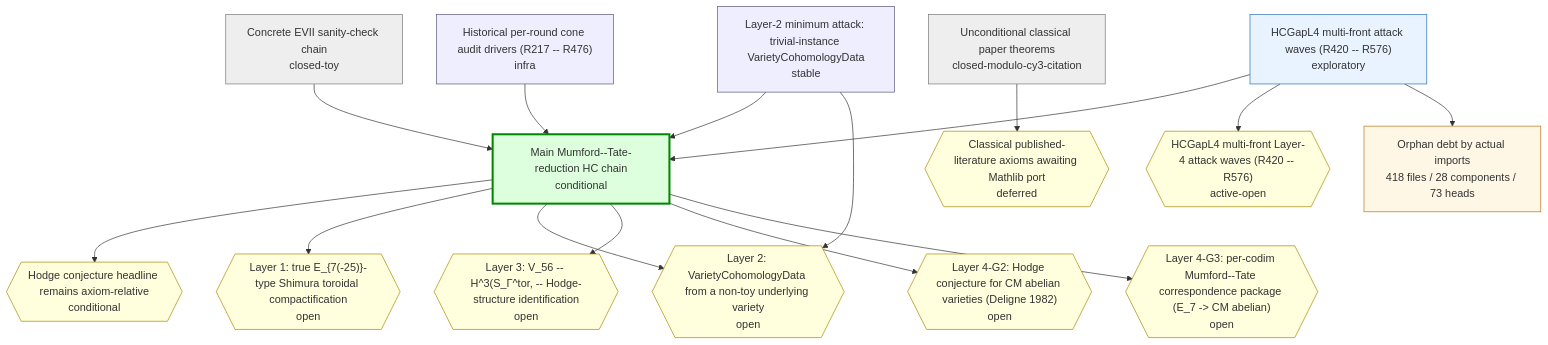
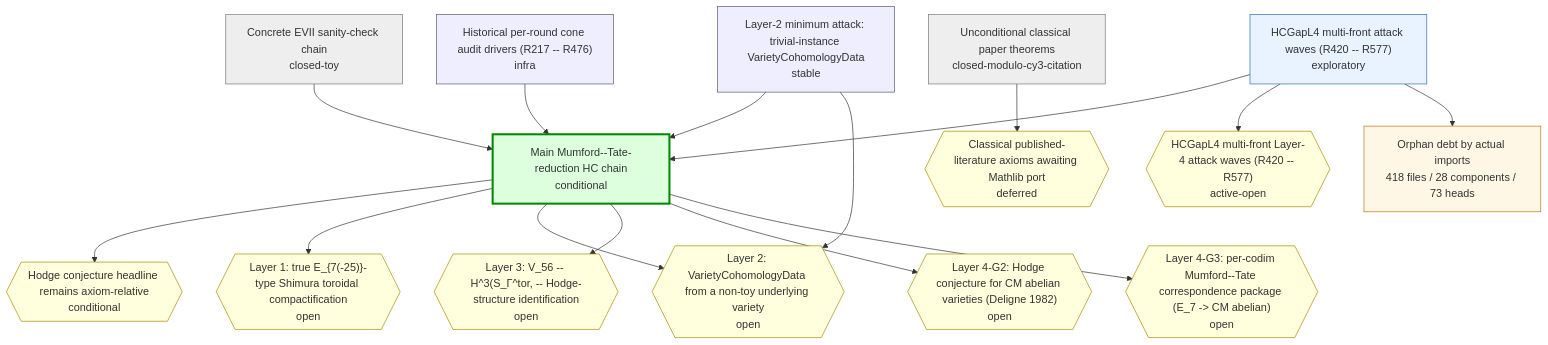
The first of 2 diagrams in chain-status/research-map.md (crabsatellite/hodge-conjecture-lean4-formalization), drawn with Mermaid before and after one commit. The commit also changed other lines of this file and 7 other files, not shown here.

````diff
--- a/chain-status/research-map.md
+++ b/chain-status/research-map.md
@@ -45,44 +45,44 @@
 ```mermaid
 graph TD
   classDef main fill:#dfd,stroke:#080,stroke-width:3px
   classDef active fill:#e8f3ff,stroke:#2670b8
   classDef support fill:#eef,stroke:#557
   classDef closed fill:#eee,stroke:#777
   classDef dead fill:#fdd,stroke:#a00,stroke-width:2px
   classDef gapOpen fill:#ffd,stroke:#a80
   classDef gapClosed fill:#eee,stroke:#777
   classDef gapDead fill:#fdd,stroke:#a00
   classDef debt fill:#fff7e6,stroke:#b87514
   classDef debtTaxonomy fill:#e8f3ff,stroke:#2670b8,stroke-dasharray:3 3
   classDef debtRule fill:#eefbea,stroke:#398439,stroke-dasharray:3 3
   classDef debtDead fill:#fdd,stroke:#a00,stroke-dasharray:3 3
   chain_main_hc_axiom_relative["Main Mumford--Tate-reduction HC chain\nconditional"]:::main
   chain_unconditional_classical["Unconditional classical paper theorems\nclosed-modulo-cy3-citation"]:::closed
   chain_hcgap_l2_trivial_instances["Layer-2 minimum attack: trivial-instance VarietyCohomologyData\nstable"]:::support
-  chain_hcgap_l4_multifront_active["HCGapL4 multi-front attack waves (R420 -- R576)\nexploratory"]:::active
+  chain_hcgap_l4_multifront_active["HCGapL4 multi-front attack waves (R420 -- R577)\nexploratory"]:::active
   chain_concrete_evii_toy["Concrete EVII sanity-check chain\nclosed-toy"]:::closed
   chain_historical_cone_audits["Historical per-round cone audit drivers (R217 -- R476)\ninfra"]:::support
   gap_G_main_hc{{"Hodge conjecture headline remains axiom-relative\nconditional"}}:::gapOpen
   gap_G_l1_e7_shimura_tor{{"Layer 1: true E_{7(-25)}-type Shimura toroidal compactification\nopen"}}:::gapOpen
   gap_G_l2_cohomology_construction{{"Layer 2: VarietyCohomologyData from a non-toy underlying variety\nopen"}}:::gapOpen
   gap_G_l3_v56_mt_identification{{"Layer 3: V_56 -- H^3(S_Γ^tor, -- Hodge-structure identification\nopen"}}:::gapOpen
   gap_G_l4_cm_abelian_hc{{"Layer 4-G2: Hodge conjecture for CM abelian varieties (Deligne 1982)\nopen"}}:::gapOpen
   gap_G_l4_mt_correspondence{{"Layer 4-G3: per-codim Mumford--Tate correspondence package (E_7 -> CM abelian)\nopen"}}:::gapOpen
   gap_G_classical_mathlib_port{{"Classical published-literature axioms awaiting Mathlib port\ndeferred"}}:::gapOpen
-  gap_G_hcgap_l4_multifront{{"HCGapL4 multi-front Layer-4 attack waves (R420 -- R576)\nactive-open"}}:::gapOpen
+  gap_G_hcgap_l4_multifront{{"HCGapL4 multi-front Layer-4 attack waves (R420 -- R577)\nactive-open"}}:::gapOpen
   chain_main_hc_axiom_relative --> gap_G_main_hc
   chain_main_hc_axiom_relative --> gap_G_l1_e7_shimura_tor
   chain_main_hc_axiom_relative --> gap_G_l2_cohomology_construction
   chain_main_hc_axiom_relative --> gap_G_l3_v56_mt_identification
   chain_main_hc_axiom_relative --> gap_G_l4_cm_abelian_hc
   chain_main_hc_axiom_relative --> gap_G_l4_mt_correspondence
   chain_unconditional_classical --> gap_G_classical_mathlib_port
   chain_hcgap_l2_trivial_instances --> chain_main_hc_axiom_relative
   chain_hcgap_l2_trivial_instances --> gap_G_l2_cohomology_construction
   chain_hcgap_l4_multifront_active --> chain_main_hc_axiom_relative
   chain_hcgap_l4_multifront_active --> gap_G_hcgap_l4_multifront
   chain_concrete_evii_toy --> chain_main_hc_axiom_relative
   chain_historical_cone_audits --> chain_main_hc_axiom_relative
   debt_all["Orphan debt by actual imports\n418 files / 28 components / 73 heads"]:::debt
   chain_hcgap_l4_multifront_active --> debt_all
 ```
````
